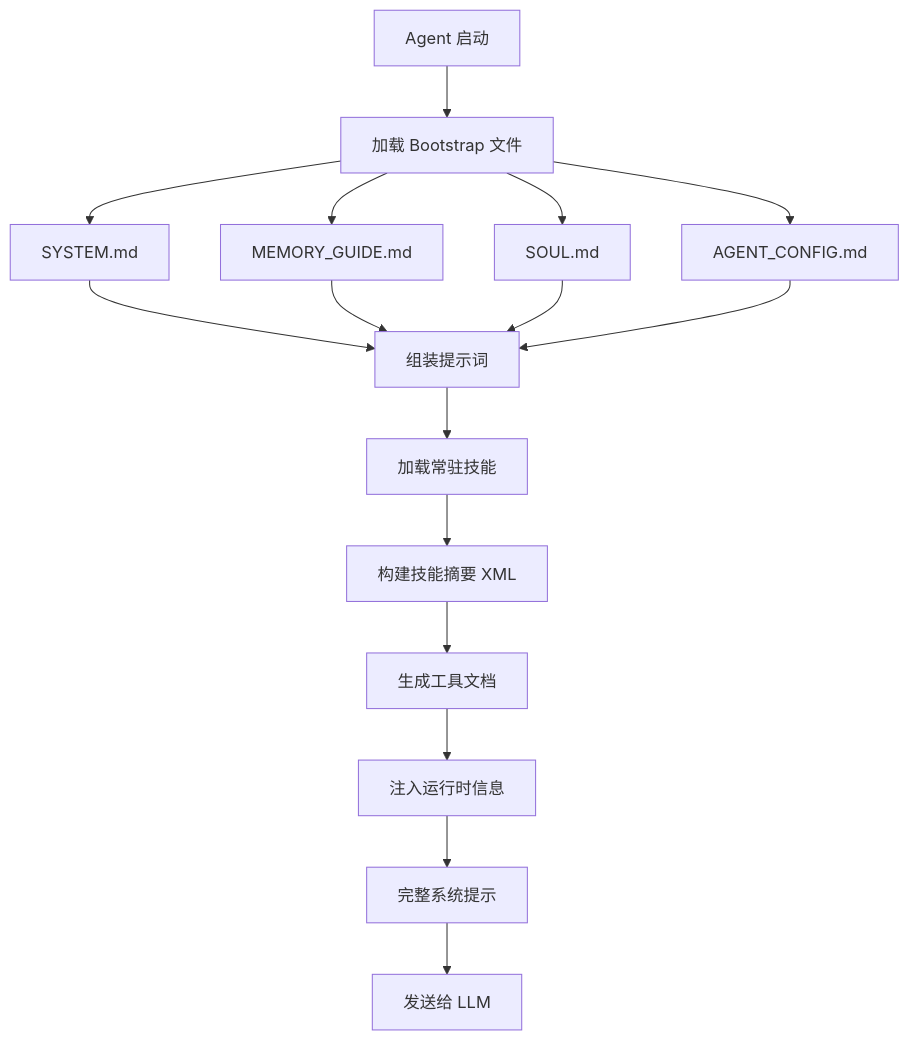
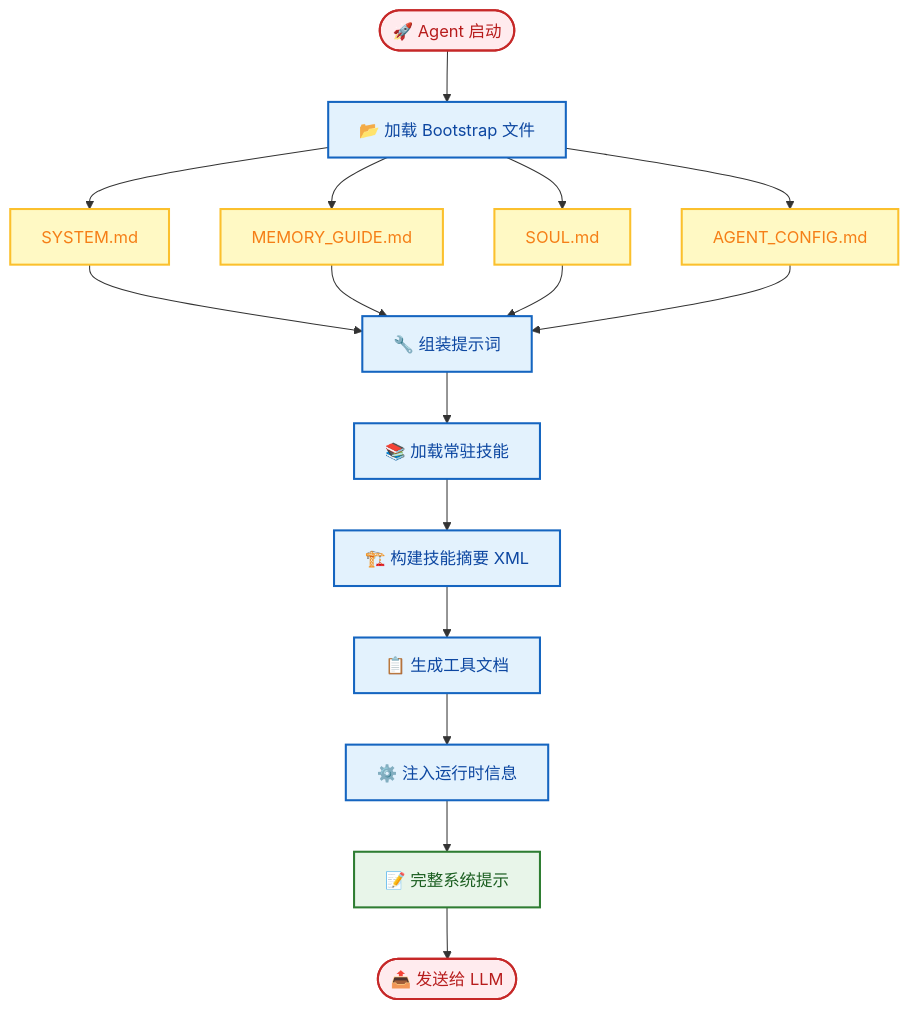
The fourth of 6 diagrams in docs/zh-CN/blog/finchbot-flexible-ai-agent-framework.md (xt765/FinchBot), drawn with Mermaid before and after one commit. The commit also changed other lines of this file and 18 other files, not shown here.

First line of the commit message:
docs: 简化架构图并删除所有mermaid图中的表情包

````diff
--- a/docs/zh-CN/blog/finchbot-flexible-ai-agent-framework.md
+++ b/docs/zh-CN/blog/finchbot-flexible-ai-agent-framework.md
@@ -314,21 +301,28 @@
 ```mermaid
 flowchart TD
-    A[Agent 启动] --> B[加载 Bootstrap 文件]
-    B --> C[SYSTEM.md]
-    B --> D[MEMORY_GUIDE.md]
-    B --> E[SOUL.md]
-    B --> F[AGENT_CONFIG.md]
-  
-    C --> G[组装提示词]
+    %% 样式定义
+    classDef startEnd fill:#ffebee,stroke:#c62828,stroke-width:2px,color:#b71c1c;
+    classDef process fill:#e3f2fd,stroke:#1565c0,stroke-width:2px,color:#0d47a1;
+    classDef file fill:#fff9c4,stroke:#fbc02d,stroke-width:2px,color:#f57f17;
+    classDef output fill:#e8f5e9,stroke:#2e7d32,stroke-width:2px,color:#1b5e20;
+
+    A([🚀 Agent 启动]):::startEnd --> B[📂 加载 Bootstrap 文件]:::process
+    
+    B --> C[SYSTEM.md]:::file
+    B --> D[MEMORY_GUIDE.md]:::file
+    B --> E[SOUL.md]:::file
+    B --> F[AGENT_CONFIG.md]:::file
+
+    C --> G[🔧 组装提示词]:::process
     D --> G
     E --> G
     F --> G
-  
-    G --> H[加载常驻技能]
-    H --> I[构建技能摘要 XML]
-    I --> J[生成工具文档]
-    J --> K[注入运行时信息]
-    K --> L[完整系统提示]
-  
-    L --> M[发送给 LLM]
+
+    G --> H[📚 加载常驻技能]:::process
+    H --> I[🏗️ 构建技能摘要 XML]:::process
+    I --> J[📋 生成工具文档]:::process
+    J --> K[⚙️ 注入运行时信息]:::process
+    K --> L[📝 完整系统提示]:::output
+
+    L --> M([📤 发送给 LLM]):::startEnd
 ```
````
